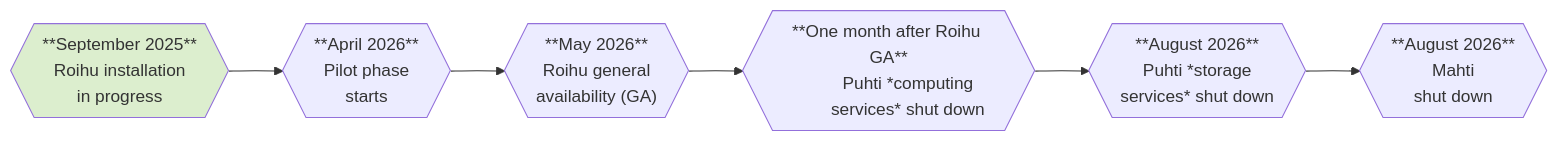
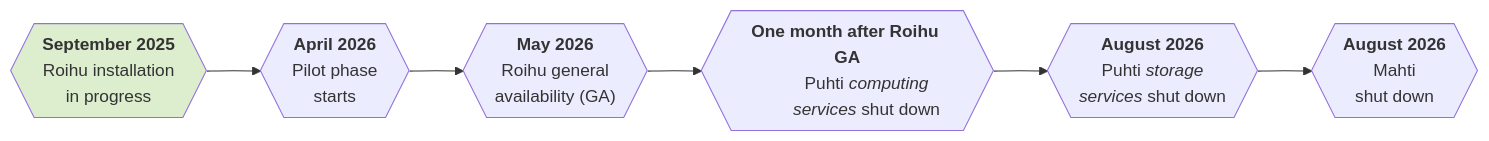
The diagram in docs/computing/systems-roihu.md (CSCfi/csc-user-guide), drawn with Mermaid before and after one commit.

Commit message:
Patch mermaid formatting (#2896)
* Patch mermaid formatting

* missed one

````diff
--- a/docs/computing/systems-roihu.md
+++ b/docs/computing/systems-roihu.md
@@ -11,22 +11,22 @@
 ```mermaid
 graph LR;
-    A{{"**September 2025**
+    A{{"<b>September 2025</b>
         Roihu installation
         in progress"}} --> B;
-    B{{"**April 2026**
+    B{{"<b>April 2026</b>
         Pilot phase
         starts"}} --> C;
-    C{{"**May 2026**
+    C{{"<b>May 2026</b>
         Roihu general
         availability (GA)"}} --> D;
-    D{{"**One month after Roihu GA**
-        Puhti *computing
-        services* shut down"}} --> E;
-    E{{"**August 2026**
-        Puhti *storage
-        services* shut down"}} --> F;
-    F{{"**August 2026**
+    D{{"<b>One month after Roihu GA</b>
+        Puhti <i>computing
+        services</i> shut down"}} --> E;
+    E{{"<b>August 2026</b>
+        Puhti <i>storage
+        services</i> shut down"}} --> F;
+    F{{"<b>August 2026</b>
         Mahti
         shut down"}}
     style A fill:#dceeceff;
 ```
````
